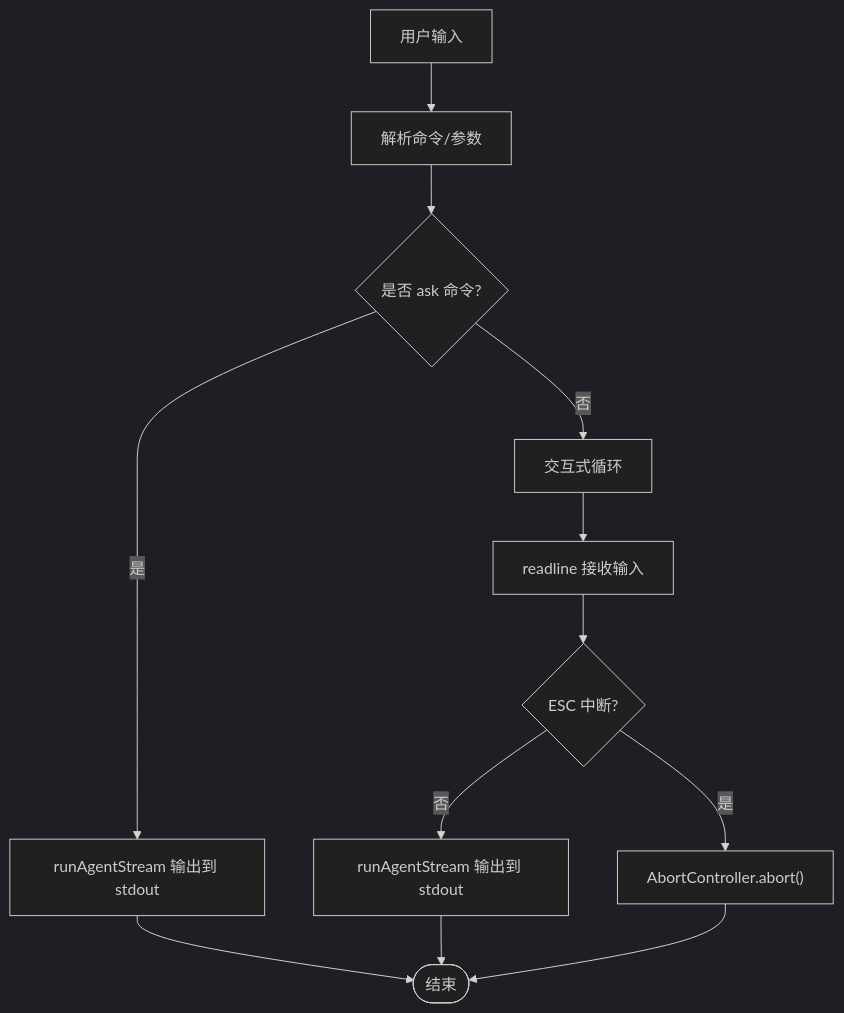
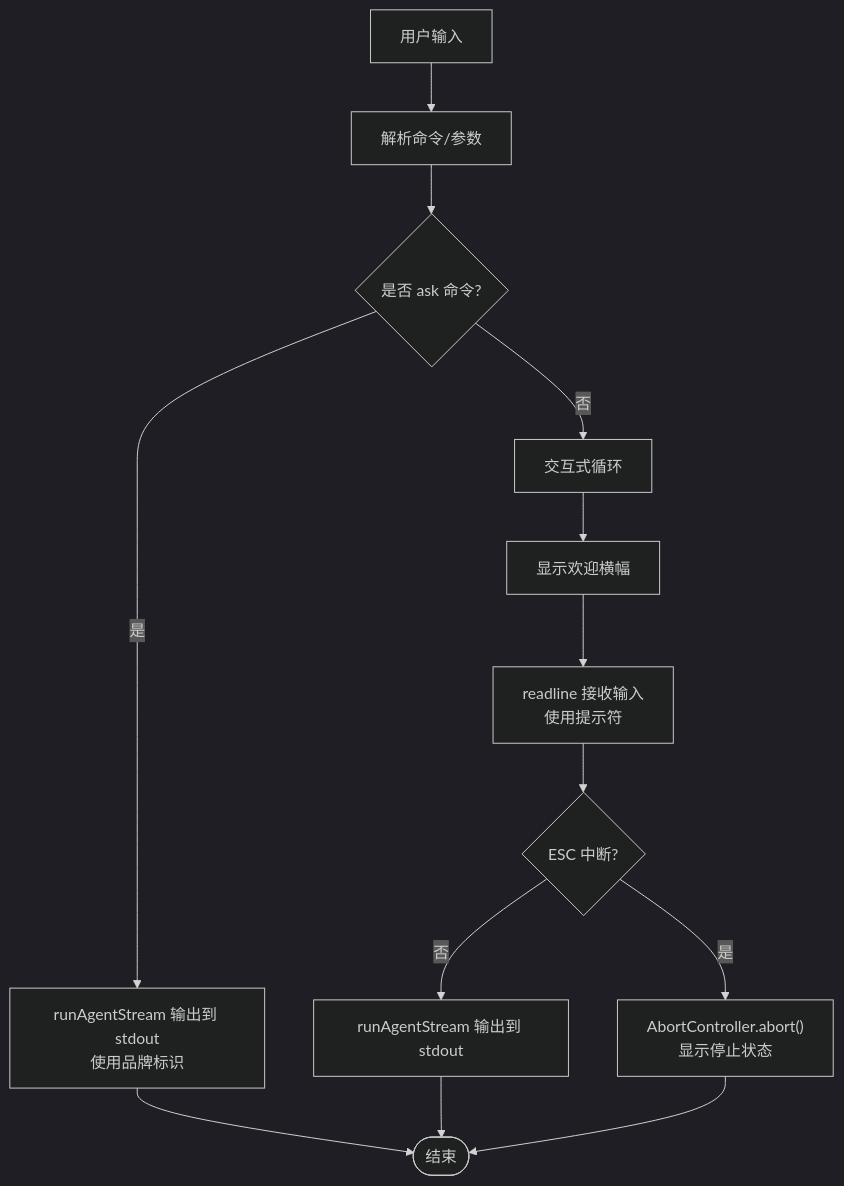
Before and after one commit to HAOFUYANG/onion-code: the seventh of 8 diagrams in .qoder/repowiki/zh/content/核心代理系统/核心代理系统.md, drawn with Mermaid (dark theme). The commit also changed other lines of this file and 5 other files, not shown here.

````diff
--- a/.qoder/repowiki/zh/content/核心代理系统/核心代理系统.md
+++ b/.qoder/repowiki/zh/content/核心代理系统/核心代理系统.md
@@ -320,14 +376,15 @@
 ```mermaid
 flowchart TD
 A["用户输入"] --> P["解析命令/参数"]
 P --> Mode{"是否 ask 命令?"}
-Mode --> |是| Ask["runAgentStream 输出到 stdout"]
+Mode --> |是| Ask["runAgentStream 输出到 stdout<br/>使用品牌标识"]
 Mode --> |否| Loop["交互式循环"]
-Loop --> Input["readline 接收输入"]
+Loop --> Banner["显示欢迎横幅"]
+Banner --> Input["readline 接收输入<br/>使用提示符"]
 Input --> ESC{"ESC 中断?"}
-ESC --> |是| Abort["AbortController.abort()"]
+ESC --> |是| Abort["AbortController.abort()<br/>显示停止状态"]
 ESC --> |否| Chat["runAgentStream 输出到 stdout"]
 Ask --> End(["结束"])
 Chat --> End
 Abort --> End
 ```
````
